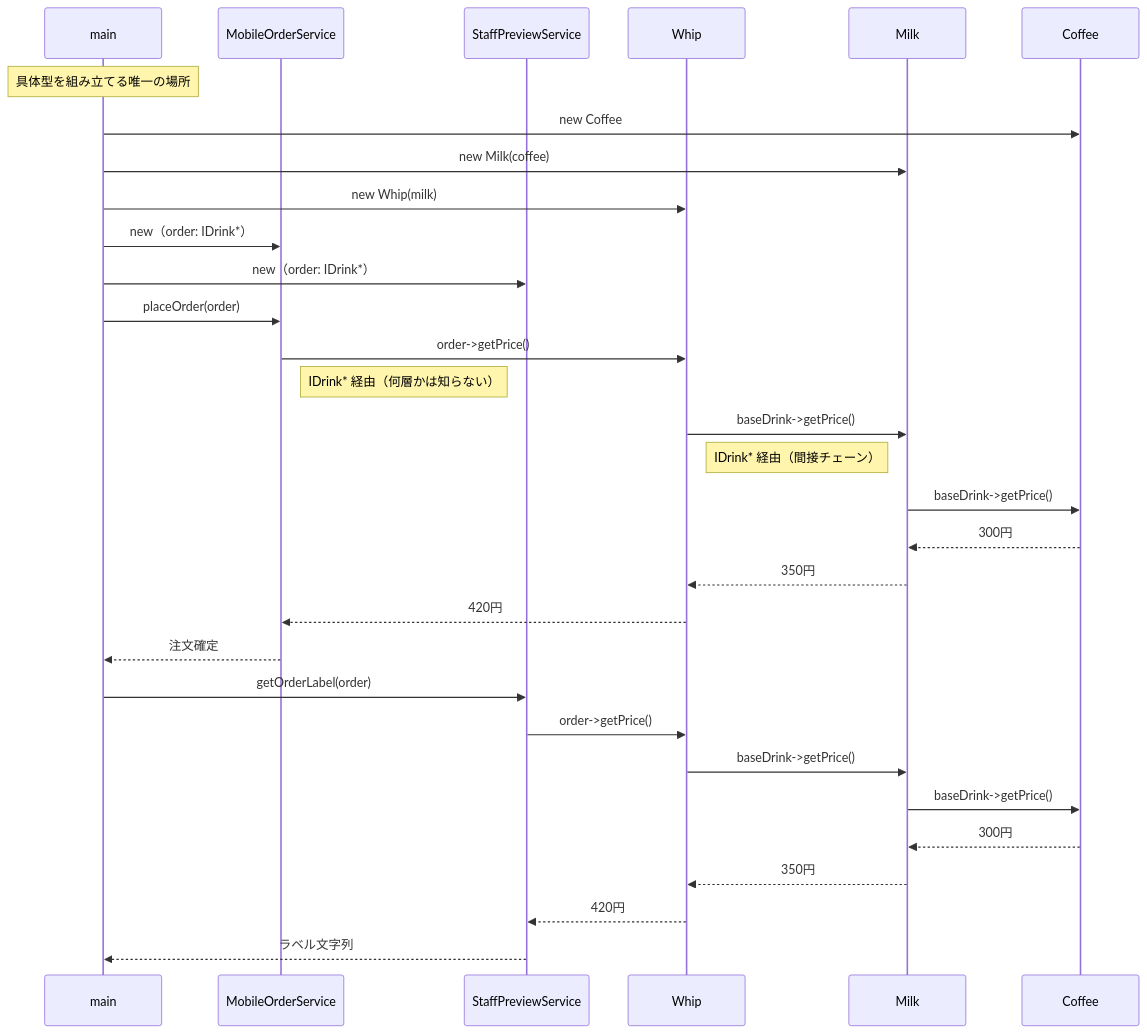
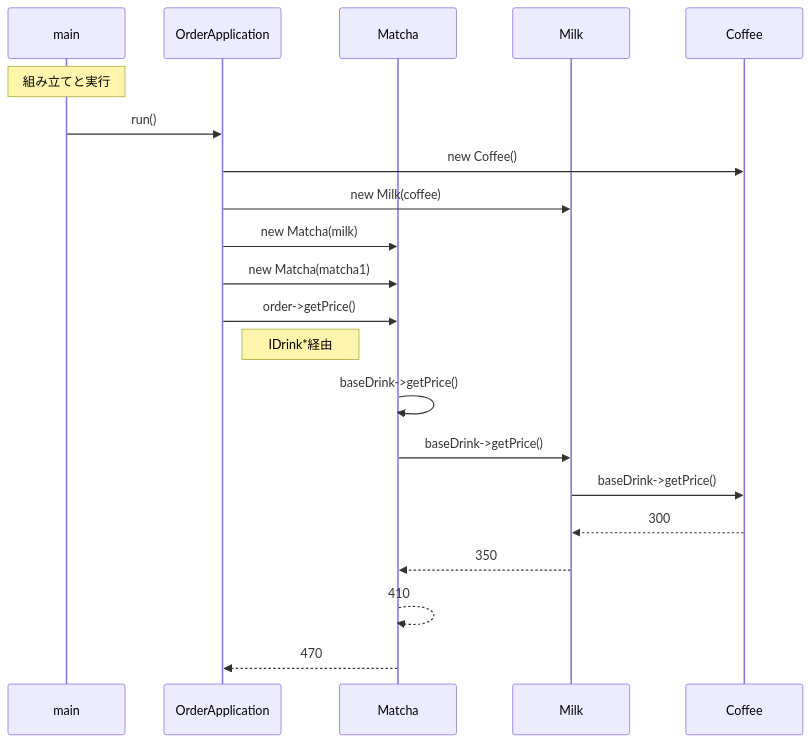
The eighth of 10 diagrams in kindle/design-patterns/output/chapter06.md (kumachan1101-pixel/DesignPattern), drawn with Mermaid before and after one commit. The commit also changed other lines of this file and 1 other file, not shown here.

````diff
--- a/kindle/design-patterns/output/chapter06.md
+++ b/kindle/design-patterns/output/chapter06.md
@@ -1067,33 +1334,23 @@
 ```mermaid
 sequenceDiagram
     participant main
-    participant MOS as MobileOrderService
-    participant SPS as StaffPreviewService
-    participant W as Whip
-    participant M as Milk
+    participant OA as OrderApplication
+    participant M as Matcha
+    participant Mi as Milk
     participant C as Coffee
-    Note over main: 具体型を組み立てる唯一の場所
-    main->>C: new Coffee
-    main->>M: new Milk(coffee)
-    main->>W: new Whip(milk)
-    main->>MOS: new（order: IDrink*）
-    main->>SPS: new（order: IDrink*）
-    main->>MOS: placeOrder(order)
-    MOS->>W: order->getPrice()
-    Note right of MOS: IDrink* 経由（何層かは知らない）
-    W->>M: baseDrink->getPrice()
-    Note right of W: IDrink* 経由（間接チェーン）
-    M->>C: baseDrink->getPrice()
-    C-->>M: 300円
-    M-->>W: 350円
-    W-->>MOS: 420円
-    MOS-->>main: 注文確定
-    main->>SPS: getOrderLabel(order)
-    SPS->>W: order->getPrice()
-    W->>M: baseDrink->getPrice()
-    M->>C: baseDrink->getPrice()
-    C-->>M: 300円
-    M-->>W: 350円
-    W-->>SPS: 420円
-    SPS-->>main: ラベル文字列
+    Note over main: 組み立てと実行
+    main->>OA: run()
+    OA->>C: new Coffee()
+    OA->>Mi: new Milk(coffee)
+    OA->>M: new Matcha(milk)
+    OA->>M: new Matcha(matcha1)
+    OA->>M: order->getPrice()
+    Note right of OA: IDrink*経由
+    M->>M: baseDrink->getPrice()
+    M->>Mi: baseDrink->getPrice()
+    Mi->>C: baseDrink->getPrice()
+    C-->>Mi: 300
+    Mi-->>M: 350
+    M-->>M: 410
+    M-->>OA: 470
 ```
````
